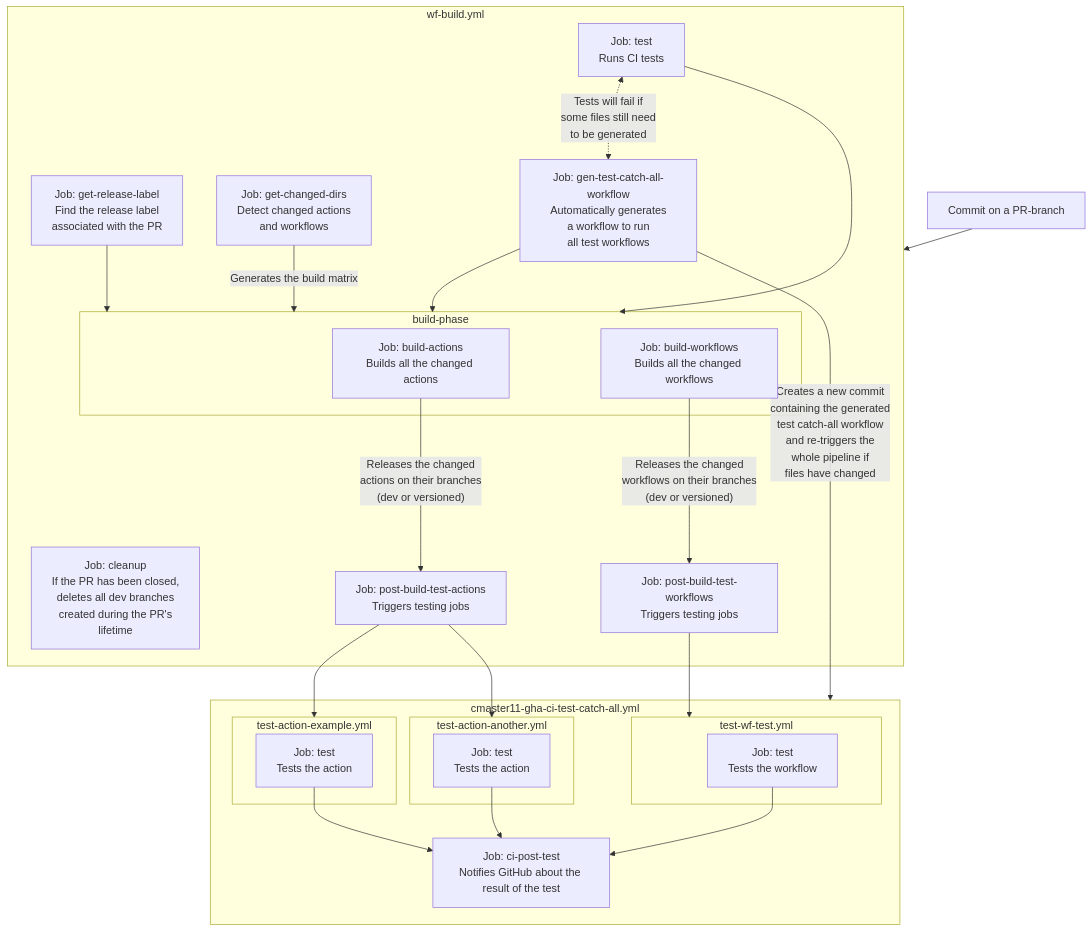
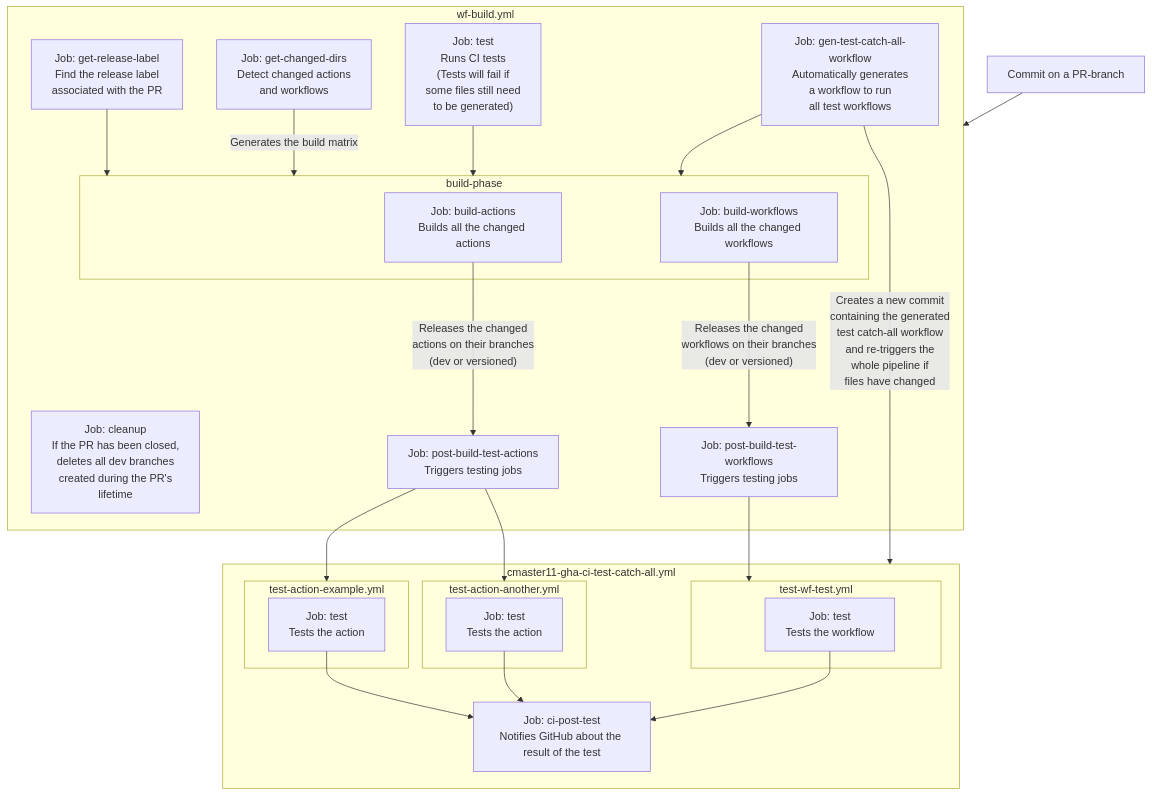
The diagram in ARCHITECTURE.mermaid (cmaster11/gha), drawn with Mermaid before and after one commit. The commit also changed 1 other file, not shown here.

```diff
--- a/ARCHITECTURE.mermaid
+++ b/ARCHITECTURE.mermaid
@@ -1,50 +1,49 @@
 flowchart
     commit["Commit on a PR-branch"]
 
     subgraph wf-build.yml
         get-release-label["Job: get-release-label\nFind the release label\nassociated with the PR"]
         get-changed-dirs["Job: get-changed-dirs\nDetect changed actions\nand workflows"]
-        test["Job: test\nRuns CI tests"]
+        test["Job: test\nRuns CI tests\n(Tests will fail if\nsome files still need\nto be generated)"]
         gen-test-catch-all-workflow["Job: gen-test-catch-all-workflow\nAutomatically generates\na workflow to run\nall test workflows"]
         subgraph build-phase
             build-actions["Job: build-actions\nBuilds all the changed actions"]
             build-workflows["Job: build-workflows\nBuilds all the changed workflows"]
         end
         cleanup["Job: cleanup\nIf the PR has been closed,\ndeletes all dev branches\ncreated during the PR's\nlifetime"]
         gen-test-catch-all-workflow --> build-phase
         test --> build-phase
         get-changed-dirs -- Generates the build matrix --> build-phase
         get-release-label --> build-phase
         post-build-test-actions["Job: post-build-test-actions\nTriggers testing jobs"]
         post-build-test-workflows["Job: post-build-test-workflows\nTriggers testing jobs"]
         build-actions -- " Releases the changed\nactions on their branches\n(dev or versioned) " --> post-build-test-actions
         build-workflows -- " Releases the changed\nworkflows on their branches\n(dev or versioned) " --> post-build-test-workflows
-        test <-. " Tests will fail if\nsome files still need\nto be generated " .-> gen-test-catch-all-workflow
     end
 
     subgraph cmaster11-gha-ci-test-catch-all.yml
         ci-post-test["Job: ci-post-test\nNotifies GitHub about the result of the test"]
 
         subgraph test-action-example.yml
             test-action-example["Job: test\nTests the action"]
         end
 
         subgraph test-action-another.yml
             test-action-another["Job: test\nTests the action"]
         end
 
         subgraph test-wf-test.yml
             test-wf-test["Job: test\nTests the workflow"]
         end
 
         test-action-example --> ci-post-test
         test-action-another --> ci-post-test
         test-wf-test --> ci-post-test
     end
 
     post-build-test-actions --> test-action-example.yml
     post-build-test-actions --> test-action-another.yml
     post-build-test-workflows --> test-wf-test.yml
 
     gen-test-catch-all-workflow -- " Creates a new commit\ncontaining the generated\ntest catch-all workflow\nand re-triggers the\nwhole pipeline if\nfiles have changed " --> cmaster11-gha-ci-test-catch-all.yml
     commit --> wf-build.yml
```
